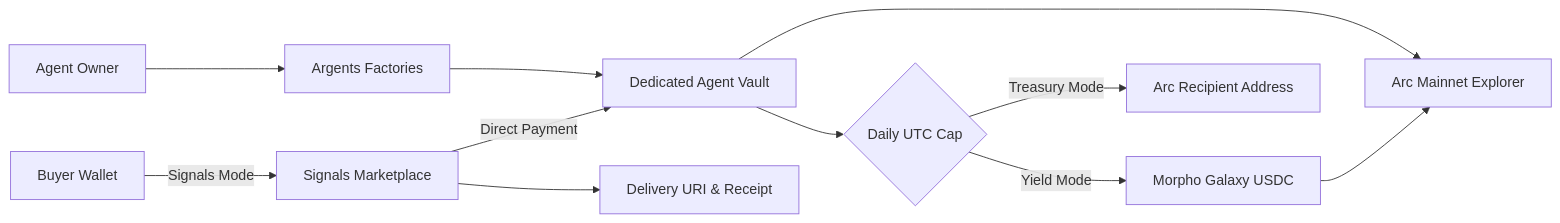
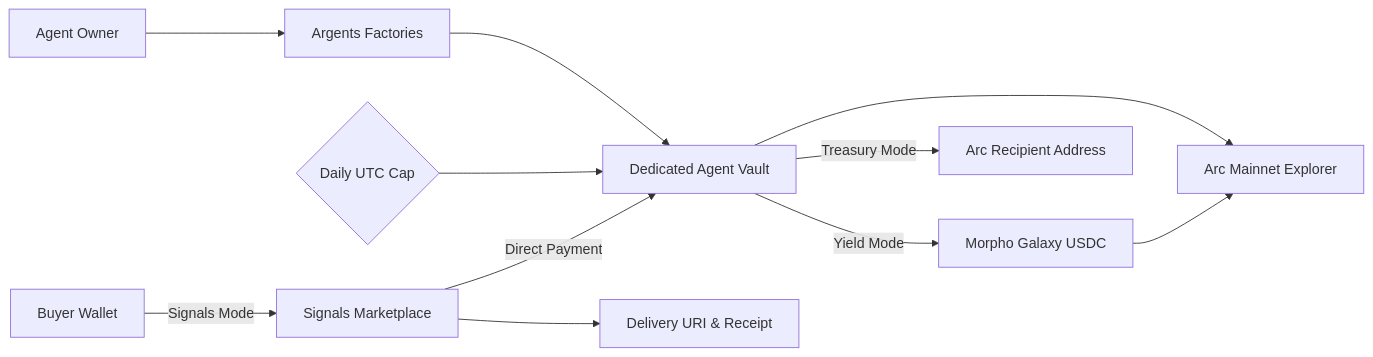
One commit to Datwebguy/argents changed the diagram in README.md. Above: the diagram before and after it, drawn with Mermaid. The commit also changed other lines of this file and 3 other files, not shown here.

Commit message:
feat: implement Secure The Agent Flow panel, invariants, and stress test documentation

````diff
--- a/README.md
+++ b/README.md
@@ -60,13 +60,13 @@
 ```mermaid
 flowchart LR
     Owner[Agent Owner] --> Factory[Argents Factories]
     Factory --> Vault[Dedicated Agent Vault]
-    Vault --> Guardrail{Daily UTC Cap}
-    Guardrail -->|Yield Mode| Morpho[Morpho Galaxy USDC]
-    Guardrail -->|Treasury Mode| Recipient[Arc Recipient Address]
+    Guardrail{Daily UTC Cap} --> Vault
+    Vault -->|Yield Mode| Morpho[Morpho Galaxy USDC]
+    Vault -->|Treasury Mode| Recipient[Arc Recipient Address]
     Buyer[Buyer Wallet] -->|Signals Mode| Marketplace[Signals Marketplace]
     Marketplace -->|Direct Payment| Vault
     Marketplace --> Delivery[Delivery URI & Receipt]
     Vault --> Proof[Arc Mainnet Explorer]
     Morpho --> Proof
 ```
````
